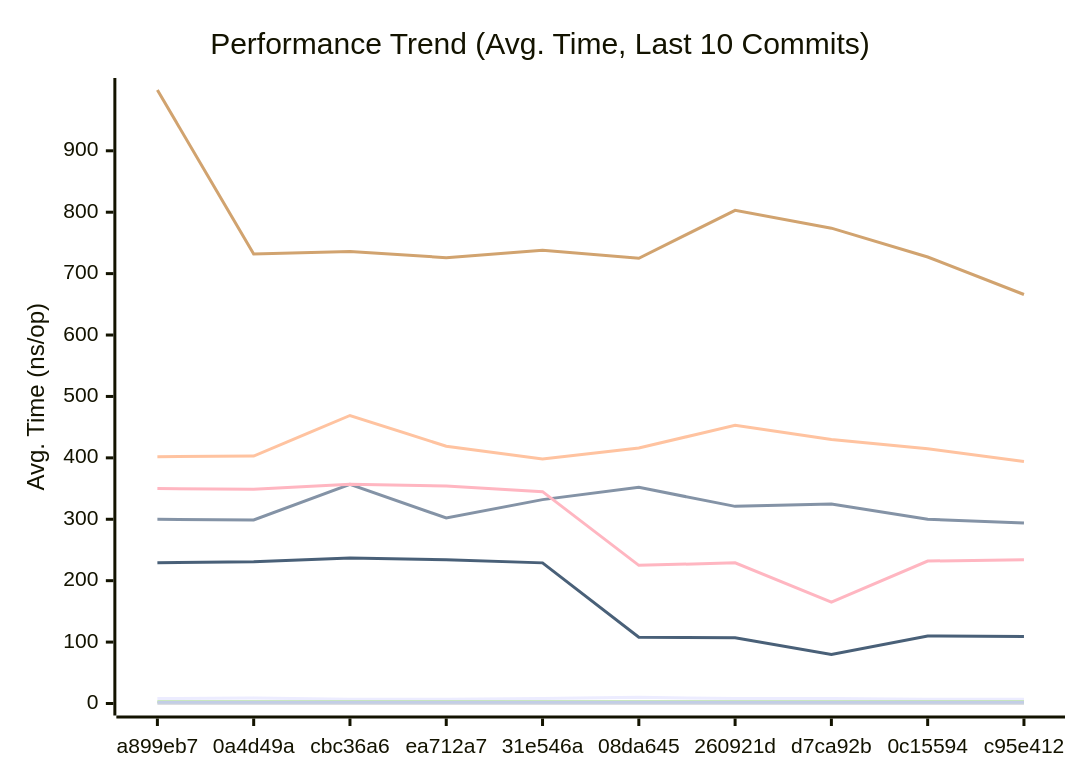
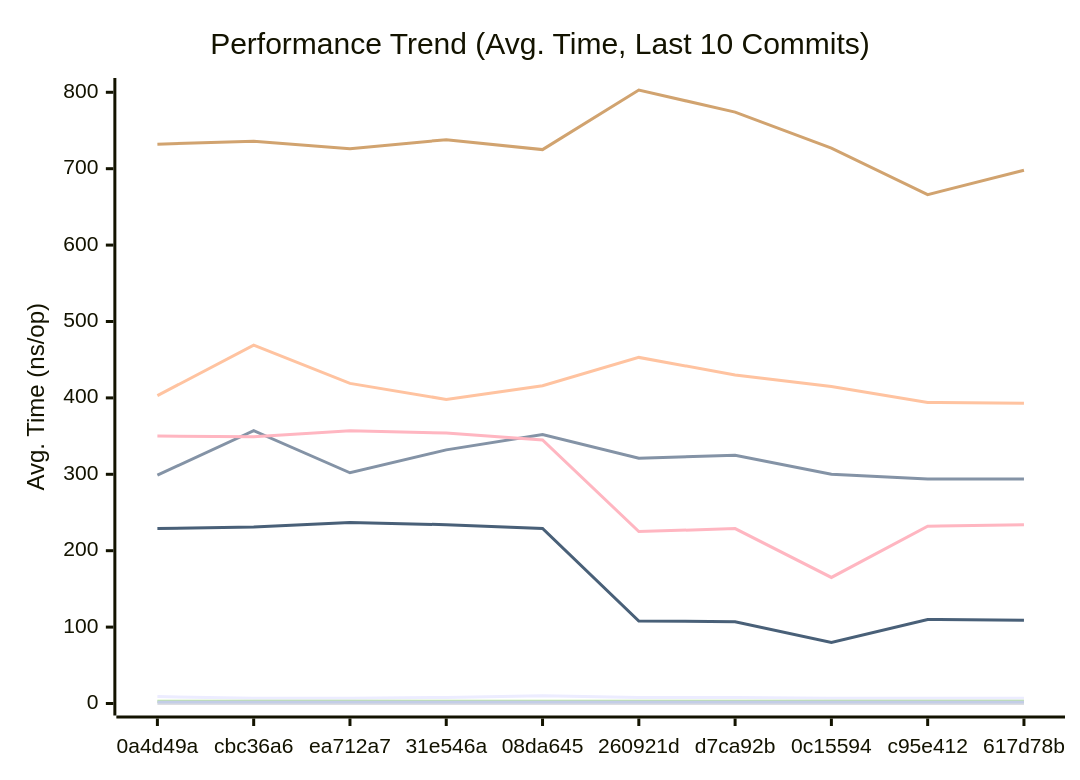
Before and after one commit to alsotoes/momo: the first of 3 diagrams in docs/PERFORMANCE.md, drawn with Mermaid. The commit also changed other lines of this file and 2 other files, not shown here.

````diff
--- a/docs/PERFORMANCE.md
+++ b/docs/PERFORMANCE.md
@@ -80,16 +80,16 @@
 ```mermaid
 xychart-beta
     title "Performance Trend (Avg. Time, Last 10 Commits)"
     x-axis "Commit"
     y-axis "Avg. Time (ns/op)"
-    x-axis [a899eb7,0a4d49a,cbc36a6,ea712a7,31e546a,08da645,260921d,d7ca92b,0c15594,c95e412]
-    line "CheckMetricsAndSwap" [8,9,7,7,8,10,8,8,7,7]
-    line "CrushOptimized" [300,299,357,302,332,352,321,325,300,294]
-    line "CrushOriginal" [402,403,469,419,398,416,453,430,415,394]
+    x-axis [0a4d49a,cbc36a6,ea712a7,31e546a,08da645,260921d,d7ca92b,0c15594,c95e412,617d78b]
+    line "CheckMetricsAndSwap" [9,7,7,8,10,8,8,7,7,7]
+    line "CrushOptimized" [299,357,302,332,352,321,325,300,294,294]
+    line "CrushOriginal" [403,469,419,398,416,453,430,415,394,393]
     line "IndexDirectTracking" [0,0,0,0,0,0,0,0,0,0]
     line "IndexSearch" [3,3,3,3,3,3,3,3,3,3]
-    line "LoadGlobalConfig" [999,732,736,726,738,725,803,774,727,666]
+    line "LoadGlobalConfig" [732,736,726,738,725,803,774,727,666,698]
     line "PadString" [2,2,2,2,2,2,2,2,2,2]
     line "ParseReplicationOrder_NoPrealloc" [350,349,357,354,345,225,229,165,232,234]
     line "ParseReplicationOrder_Prealloc" [229,231,237,234,229,108,107,80,110,109]
 ```
````
